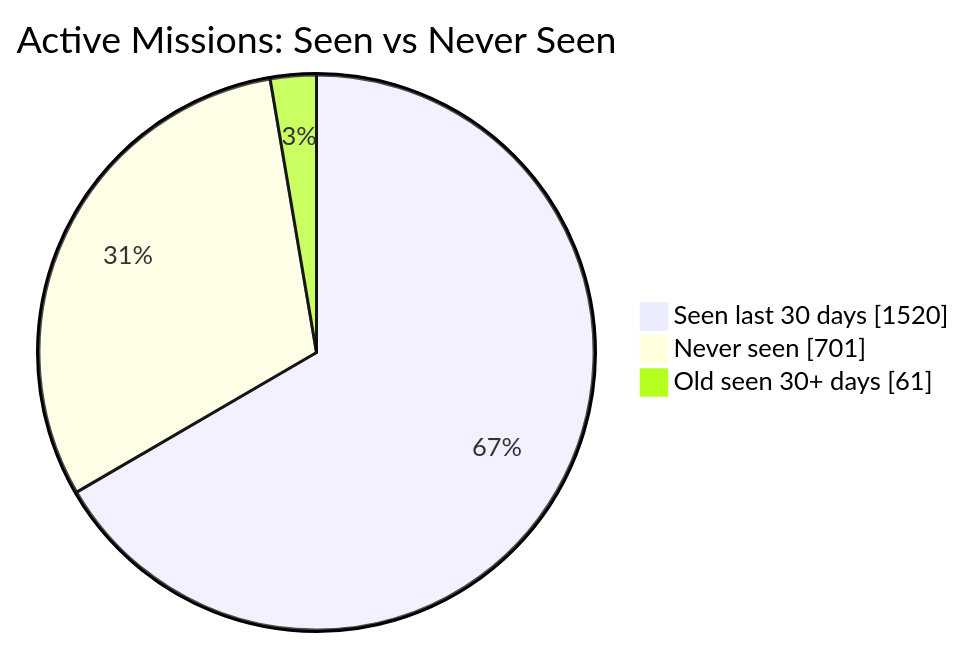
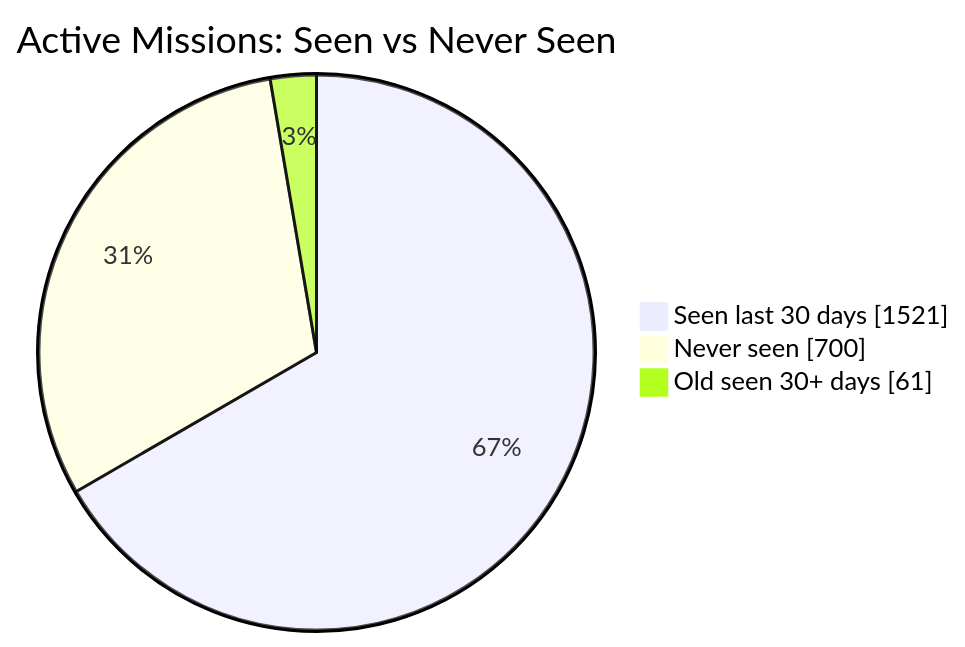
Before and after one commit to MeldkamerspelGameTeam/active-missions: the first of 2 diagrams in README.md, drawn with Mermaid. The commit also changed other lines of this file and 2 other files, not shown here.

````diff
--- a/README.md
+++ b/README.md
@@ -34,7 +34,7 @@
 ```mermaid
 pie showData
     title Active Missions: Seen vs Never Seen
-    "Seen last 30 days" : 1520
-    "Never seen" : 701
+    "Seen last 30 days" : 1521
+    "Never seen" : 700
     "Old seen 30+ days" : 61
 ```
````
